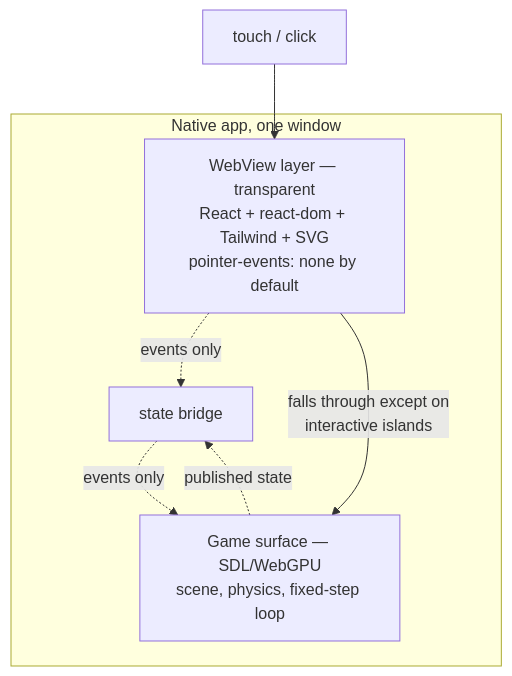
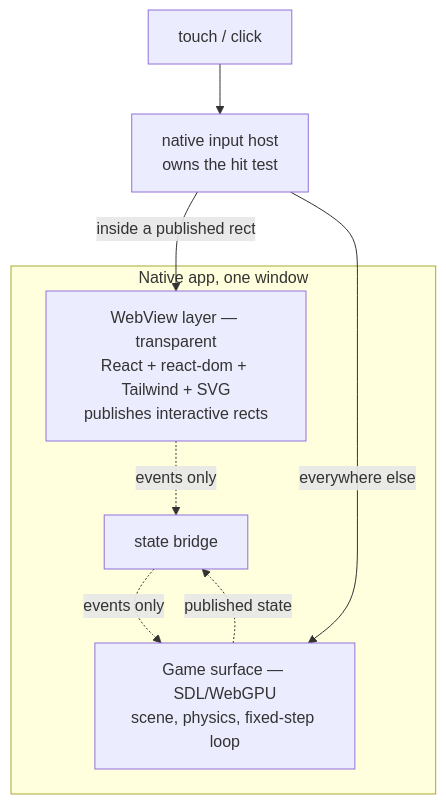
Before and after one commit to ThreeNativeHQ/threenative: the first of 2 diagrams in docs/PRDs/PRD-217-webview-ui-layer.md, drawn with Mermaid. The commit also changed other lines of this file and 6 other files, not shown here.

````diff
--- a/docs/PRDs/PRD-217-webview-ui-layer.md
+++ b/docs/PRDs/PRD-217-webview-ui-layer.md
@@ -45,12 +52,13 @@
 ```mermaid
 flowchart TB
   subgraph device["Native app, one window"]
-    web["WebView layer — transparent<br/>React + react-dom + Tailwind + SVG<br/>pointer-events: none by default"]
+    web["WebView layer — transparent<br/>React + react-dom + Tailwind + SVG<br/>publishes interactive rects"]
     surf["Game surface — SDL/WebGPU<br/>scene, physics, fixed-step loop"]
     web -. "events only" .-> bridge["state bridge"]
     bridge -. "events only" .-> surf
     surf -. "published state" .-> bridge
   end
-  touch["touch / click"] --> web
-  web -- "falls through except on<br/>interactive islands" --> surf
+  touch["touch / click"] --> host["native input host<br/>owns the hit test"]
+  host -- "inside a published rect" --> web
+  host -- "everywhere else" --> surf
 ```
````
